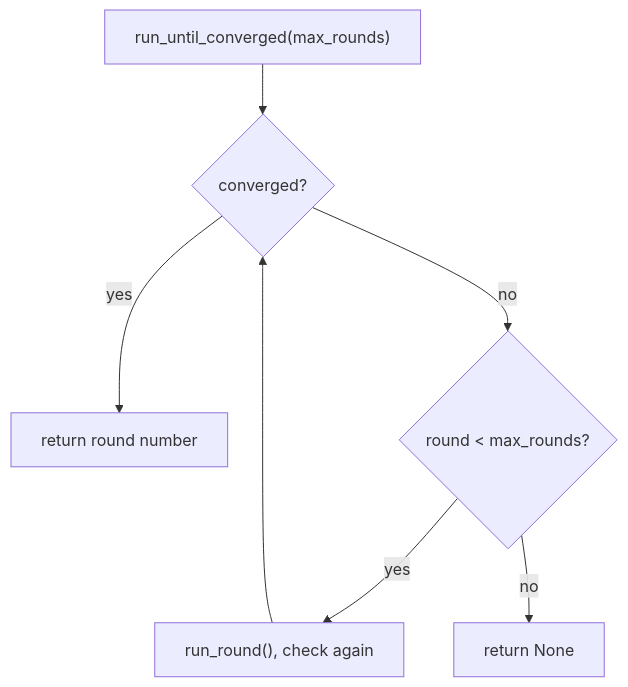
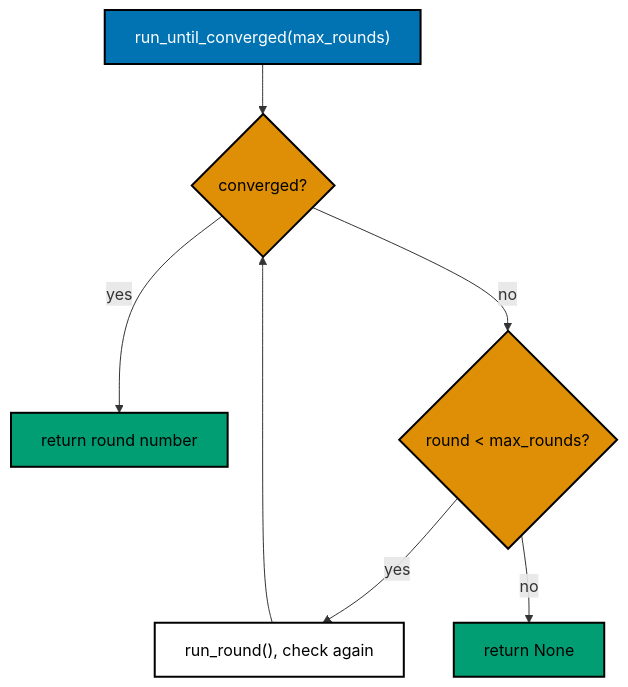
Before and after one commit to wahidyankf/grind-in-public: the second of 2 diagrams in drill/system-design-algos/in-python/algo_13_gossip_protocol.md, drawn with Mermaid. The commit also changed other lines of this file and 22 other files, not shown here.

First line of the commit message:
docs: use accessible palette in mermaid diagrams

````diff
--- a/drill/system-design-algos/in-python/algo_13_gossip_protocol.md
+++ b/drill/system-design-algos/in-python/algo_13_gossip_protocol.md
@@ -47,13 +52,20 @@
 ```mermaid
 flowchart TD
   accTitle: Gossip run until converged
   accDescr {
     Shows the loop that runs rounds until all nodes match or the round limit is reached.
   }
   A["run_until_converged(max_rounds)"] --> B{"converged?"}
   B -->|yes| C["return round number"]
   B -->|no| D{"round < max_rounds?"}
   D -->|yes| E["run_round(), check again"]
   E --> B
   D -->|no| F["return None"]
+  classDef default fill:#FFFFFF,stroke:#000000,color:#000000,stroke-width:2px
+  classDef blue fill:#0173B2,stroke:#000000,color:#FFFFFF,stroke-width:2px
+  classDef orange fill:#DE8F05,stroke:#000000,color:#000000,stroke-width:2px
+  classDef teal fill:#029E73,stroke:#000000,color:#000000,stroke-width:2px
+  class B,D orange
+  class A blue
+  class C,F teal
 ```
````
